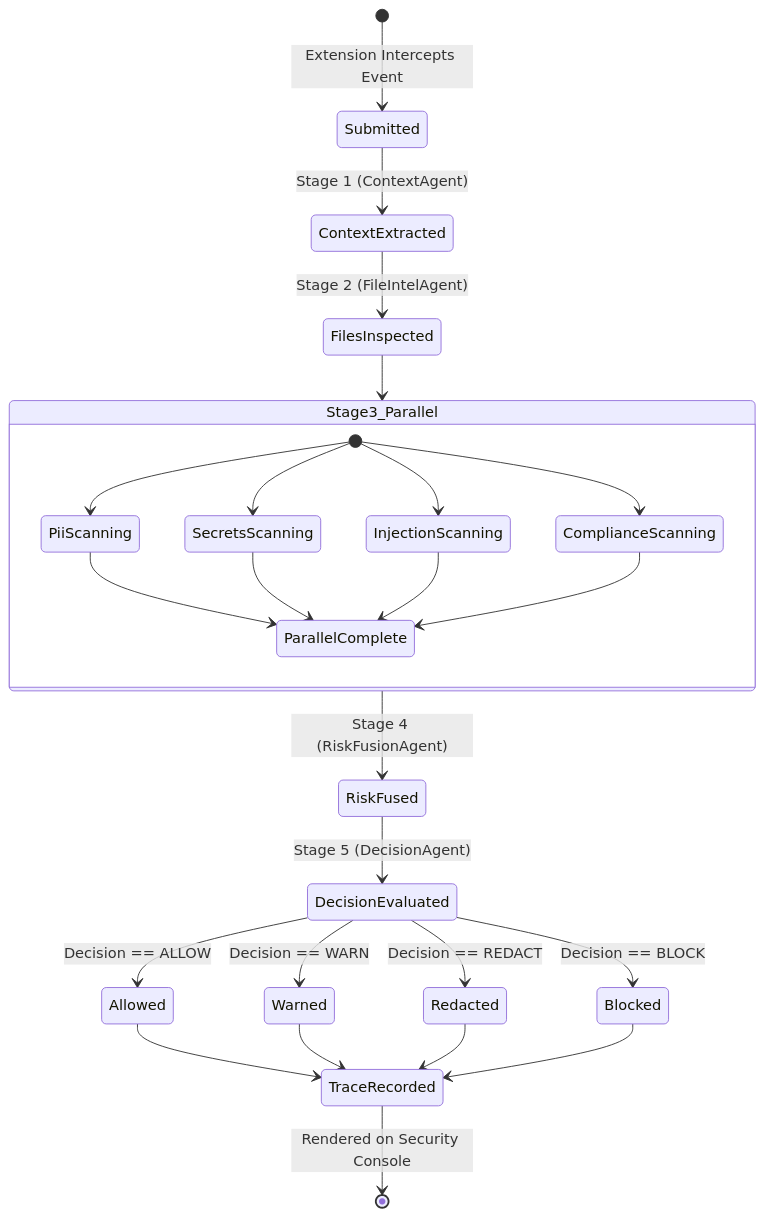
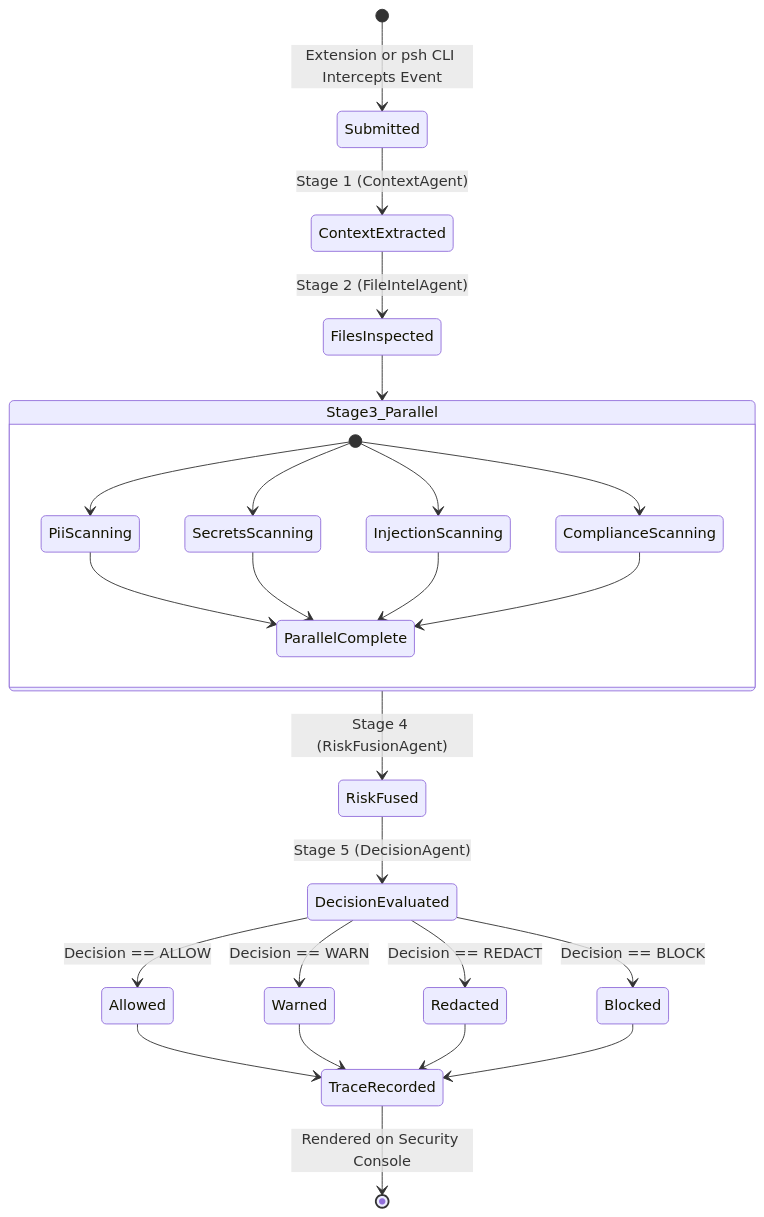
One commit to ruthviksharma-d/mutagent-hackathon changed the second of 2 diagrams in submissions/velocity/security_model.md. Above: the diagram before and after it, drawn with Mermaid. The commit also changed other lines of this file and 29 other files, not shown here.

````diff
--- a/submissions/velocity/security_model.md
+++ b/submissions/velocity/security_model.md
@@ -88,33 +88,33 @@
 ```mermaid
 stateDiagram-v2
-    [*] --> Submitted: Extension Intercepts Event
+    [*] --> Submitted: Extension or psh CLI Intercepts Event
     Submitted --> ContextExtracted: Stage 1 (ContextAgent)
     ContextExtracted --> FilesInspected: Stage 2 (FileIntelAgent)
     
     state Stage3_Parallel {
         [*] --> PiiScanning
         [*] --> SecretsScanning
         [*] --> InjectionScanning
         [*] --> ComplianceScanning
         PiiScanning --> ParallelComplete
         SecretsScanning --> ParallelComplete
         InjectionScanning --> ParallelComplete
         ComplianceScanning --> ParallelComplete
     }
     
     FilesInspected --> Stage3_Parallel
     Stage3_Parallel --> RiskFused: Stage 4 (RiskFusionAgent)
     RiskFused --> DecisionEvaluated: Stage 5 (DecisionAgent)
     
     DecisionEvaluated --> Allowed: Decision == ALLOW
     DecisionEvaluated --> Warned: Decision == WARN
     DecisionEvaluated --> Redacted: Decision == REDACT
     DecisionEvaluated --> Blocked: Decision == BLOCK
     
     Allowed --> TraceRecorded
     Warned --> TraceRecorded
     Redacted --> TraceRecorded
     Blocked --> TraceRecorded
     
     TraceRecorded --> [*]: Rendered on Security Console
 ```
````
